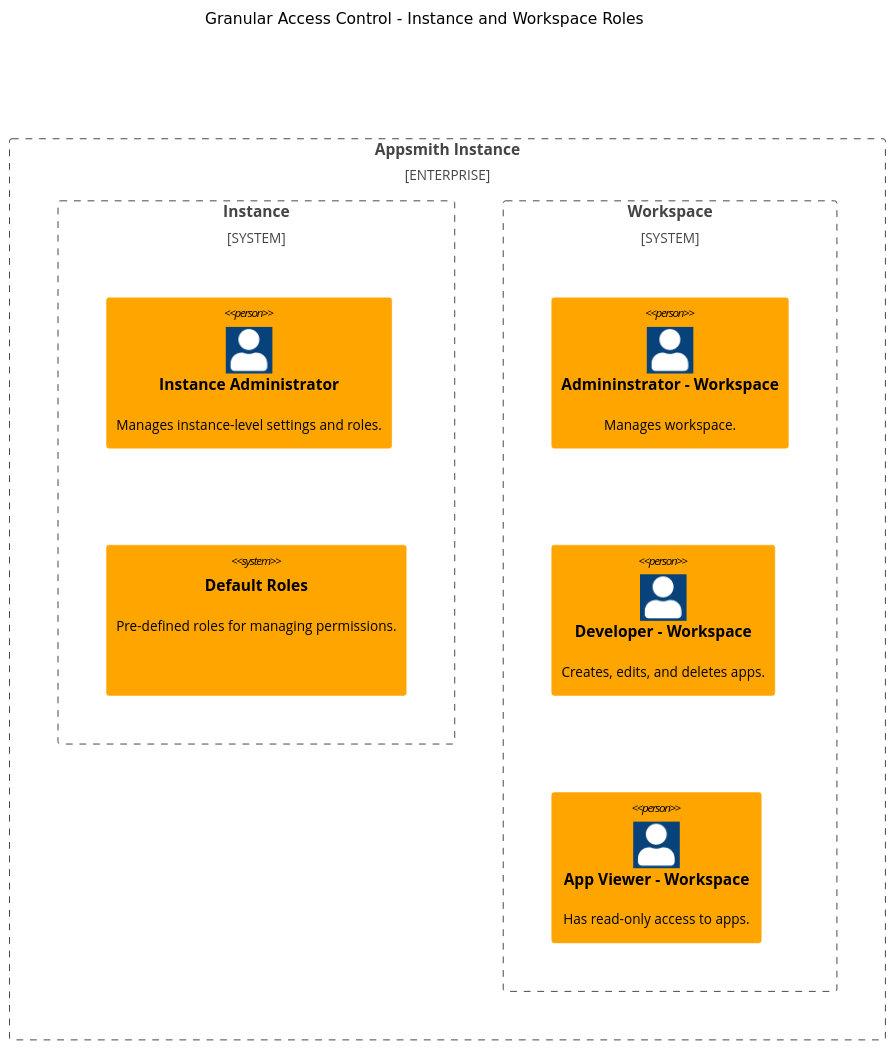
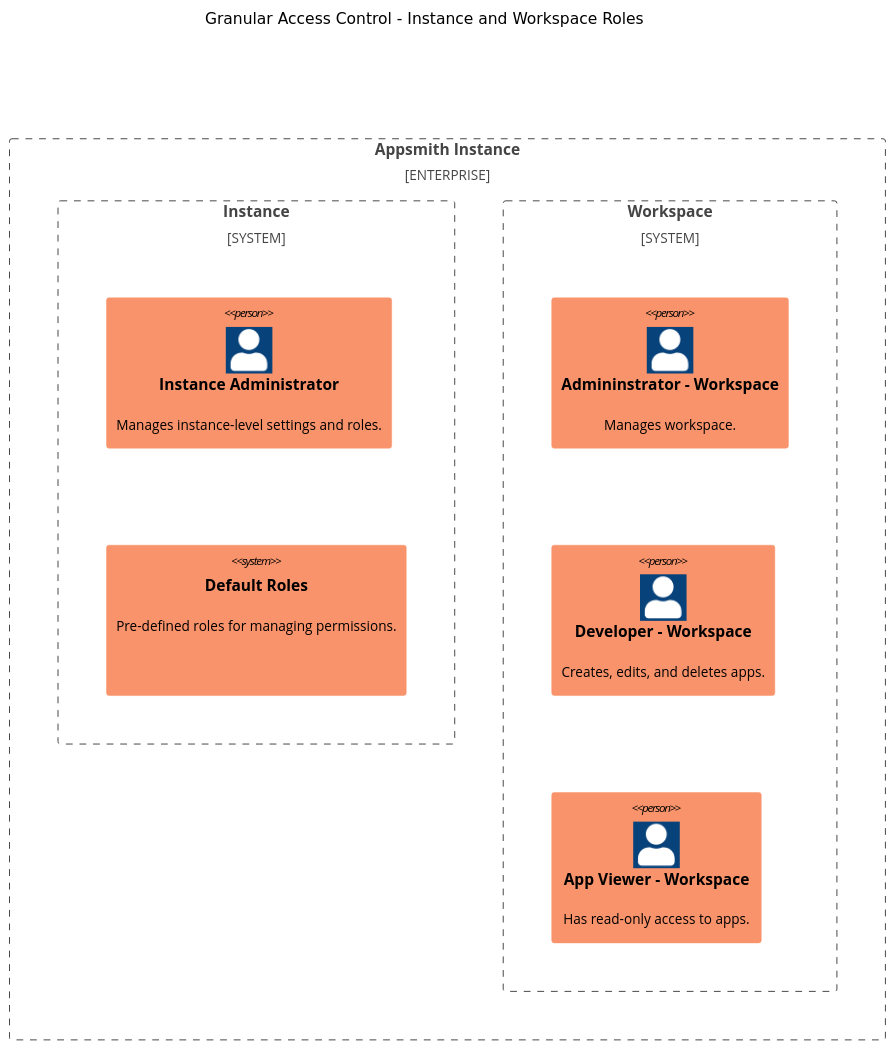
One commit to appsmithorg/appsmith-docs changed the diagram in website/docs/advanced-concepts/granular-access-control/concepts/default-roles.md. Above: the diagram before and after it, drawn with Mermaid (forest theme).

Commit message:
updates to color scheme of mermaid diagram

````diff
--- a/website/docs/advanced-concepts/granular-access-control/concepts/default-roles.md
+++ b/website/docs/advanced-concepts/granular-access-control/concepts/default-roles.md
@@ -41,24 +41,24 @@
 ```mermaid
 C4Context
   title Granular Access Control - Instance and Workspace Roles
 
   Enterprise_Boundary(appsmithInstance, "Appsmith Instance", "") {
     System_Boundary(instanceBoundary, "Instance") {
       Person(instanceAdmin, "Instance Administrator", "Manages instance-level settings and roles.")
       System(defaultRoles, "Default Roles", "Pre-defined roles for managing permissions.")
     }
 
     System_Boundary(workspaceBoundary, "Workspace") {
       Person(workspaceAdmin, "Admininstrator - Workspace", "Manages workspace.")
       Person(workspaceDeveloper, "Developer - Workspace", "Creates, edits, and deletes apps.")
       Person(appViewer, "App Viewer - Workspace", "Has read-only access to apps.")
     }
   
   }
     
-UpdateElementStyle(instanceAdmin, $fontColor="black", $font="Tahoma", $fontsize="25", $bgColor="orange", $borderColor="orange", $height="155", $width="200")
-UpdateElementStyle(defaultRoles, $fontColor="black", $font="Tahoma", $fontsize="25", $bgColor="orange", $borderColor="orange", $height="155", $width="200")
-UpdateElementStyle(workspaceAdmin, $fontColor="black", $font="Tahoma", $fontsize="25", $bgColor="orange", $borderColor="orange", $height="155", $width="200")
-UpdateElementStyle(workspaceDeveloper, $fontColor="black", $font="Tahoma", $fontsize="25", $bgColor="orange", $borderColor="orange", $height="155", $width="200")
-UpdateElementStyle(appViewer, $fontColor="black", $font="Tahoma", $fontsize="25", $bgColor="orange", $borderColor="orange", $height="155", $width="200")
+UpdateElementStyle(instanceAdmin, $fontColor="black", $font="Tahoma", $fontsize="25", $bgColor="#f9936b", $borderColor="#f9936b", $height="155", $width="200")
+UpdateElementStyle(defaultRoles, $fontColor="black", $font="Tahoma", $fontsize="25", $bgColor="#f9936b", $borderColor="#f9936b", $height="155", $width="200")
+UpdateElementStyle(workspaceAdmin, $fontColor="black", $font="Tahoma", $fontsize="25", $bgColor="#f9936b", $borderColor="#f9936b", $height="155", $width="200")
+UpdateElementStyle(workspaceDeveloper, $fontColor="black", $font="Tahoma", $fontsize="25", $bgColor="#f9936b", $borderColor="#f9936b", $height="155", $width="200")
+UpdateElementStyle(appViewer, $fontColor="black", $font="Tahoma", $fontsize="25", $bgColor="#f9936b", $borderColor="#f9936b", $height="155", $width="200")
 ```
````
